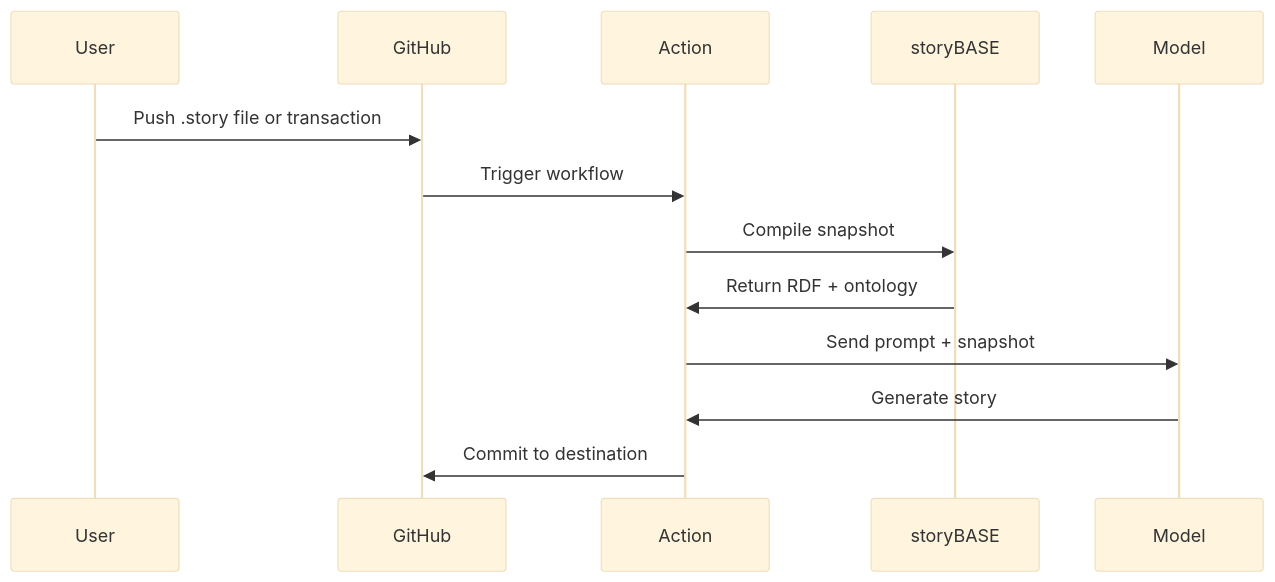
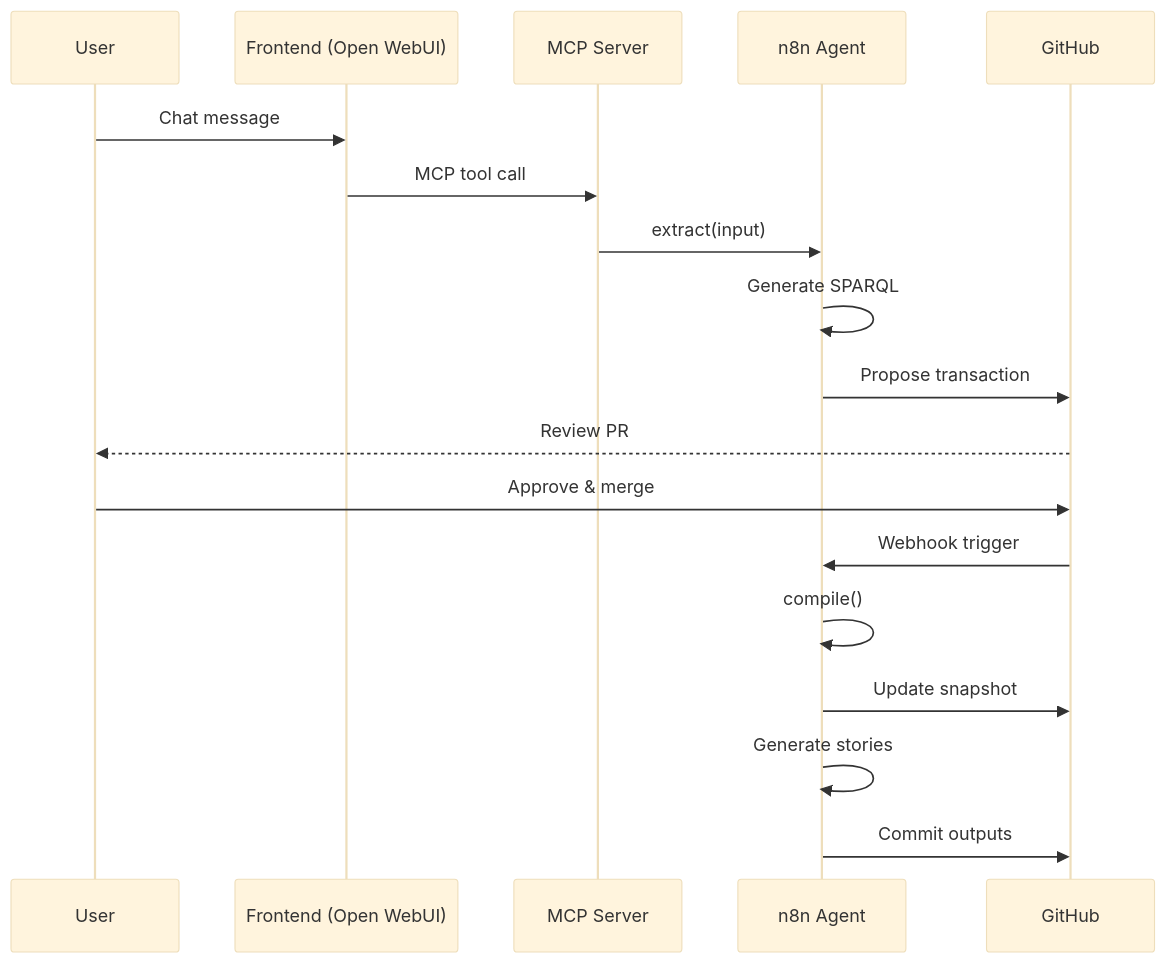
Before and after one commit to Synthetic-Identity-Co/conj-talk-2025: the fifth of 6 diagrams in presenter.md, drawn with Mermaid (base theme). The commit also changed other lines of this file, not shown here.

Commit message:
story:  f95503a0ceee31309c103b7c346617d93faf0833

````diff
--- a/presenter.md
+++ b/presenter.md
@@ -357,16 +597,21 @@
 ```mermaid
 sequenceDiagram
-    participant User
-    participant GitHub
-    participant Action
-    participant storyBASE
-    participant Model
+    participant U as User
+    participant F as Frontend (Open WebUI)
+    participant M as MCP Server
+    participant N as n8n Agent
+    participant G as GitHub
     
-    User->>GitHub: Push .story file or transaction
-    GitHub->>Action: Trigger workflow
-    Action->>storyBASE: Compile snapshot
-    storyBASE->>Action: Return RDF + ontology
-    Action->>Model: Send prompt + snapshot
-    Model->>Action: Generate story
-    Action->>GitHub: Commit to destination
+    U->>F: Chat message
+    F->>M: MCP tool call
+    M->>N: extract(input)
+    N->>N: Generate SPARQL
+    N->>G: Propose transaction
+    G-->>U: Review PR
+    U->>G: Approve & merge
+    G->>N: Webhook trigger
+    N->>N: compile()
+    N->>G: Update snapshot
+    N->>N: Generate stories
+    N->>G: Commit outputs
 ```
````
